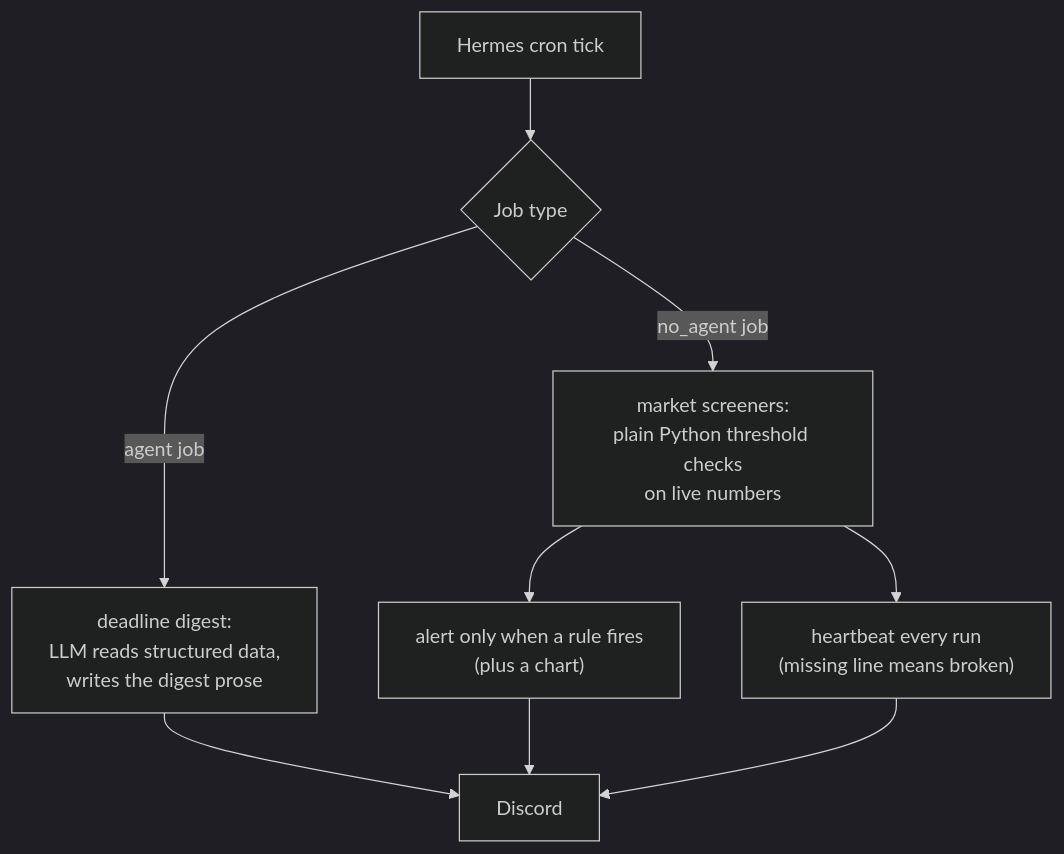
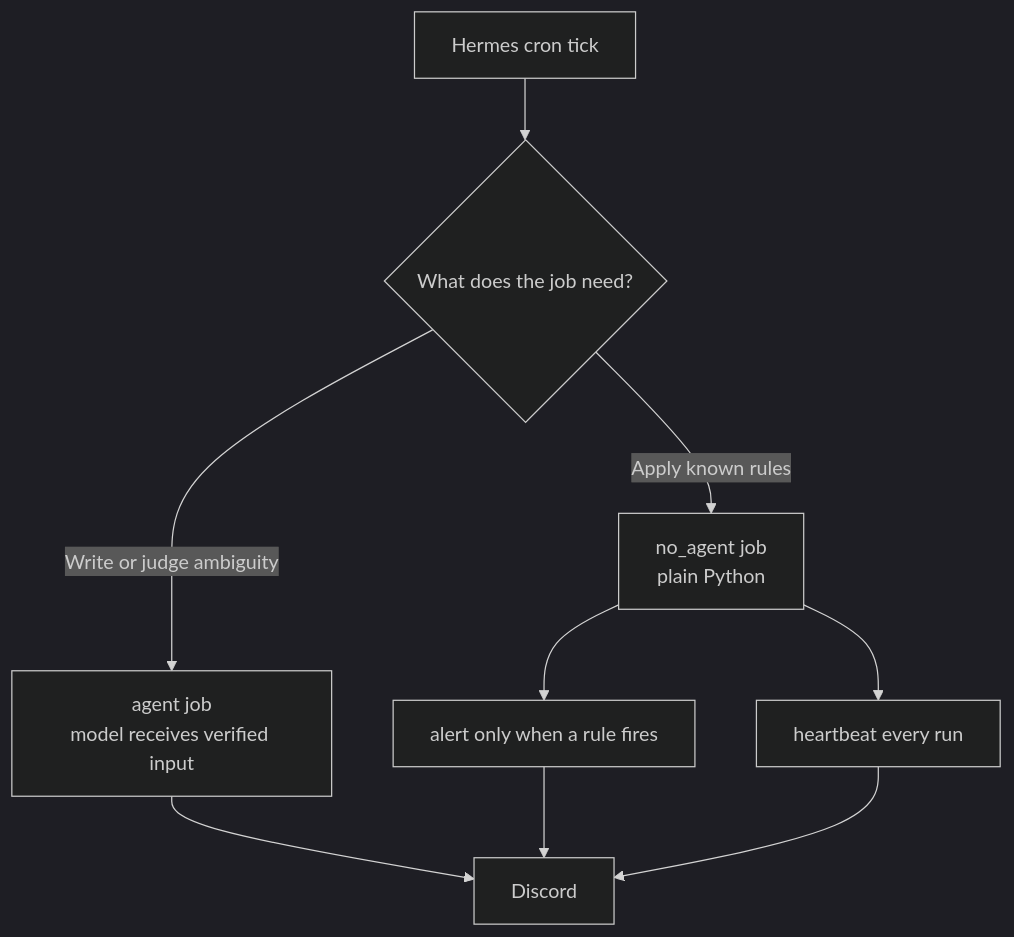
One commit to absolutepraya/blog changed the fourth of 5 diagrams in content/posts/hermes-agent-setup.md. Above: the diagram before and after it, drawn with Mermaid (dark theme). The commit also changed other lines of this file, not shown here.

Commit message:
Refresh Hermes agent build log

````diff
--- a/content/posts/hermes-agent-setup.md
+++ b/content/posts/hermes-agent-setup.md
@@ -231,12 +233,12 @@
 ```mermaid
 graph TD
     Cron["Hermes cron tick"]
-    Cron --> Type{"Job type"}
-    Type -- "agent job" --> LLM["deadline digest:<br>LLM reads structured data,<br>writes the digest prose"]
-    Type -- "no_agent job" --> Py["market screeners:<br>plain Python threshold checks<br>on live numbers"]
+    Cron --> Type{"What does the job need?"}
+    Type -- "Write or judge ambiguity" --> LLM["agent job<br>model receives verified input"]
+    Type -- "Apply known rules" --> Py["no_agent job<br>plain Python"]
     LLM --> Disc["Discord"]
-    Py --> Alert["alert only when a rule fires<br>(plus a chart)"]
-    Py --> Beat["heartbeat every run<br>(missing line means broken)"]
+    Py --> Alert["alert only when a rule fires"]
+    Py --> Beat["heartbeat every run"]
     Alert --> Disc
     Beat --> Disc
 ```
````
